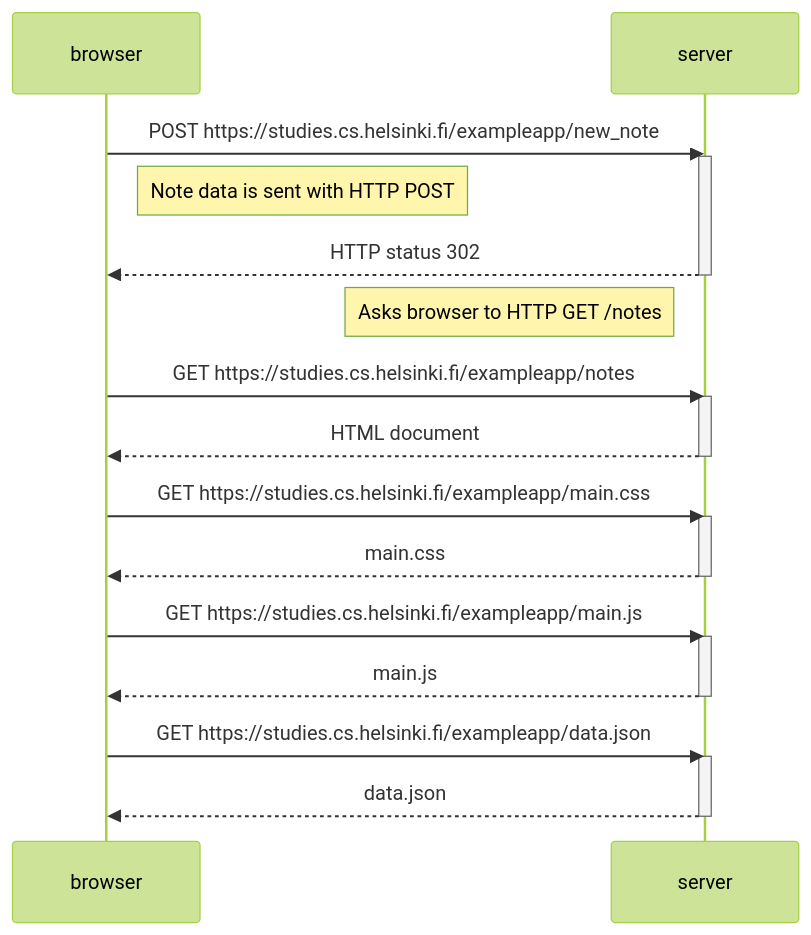
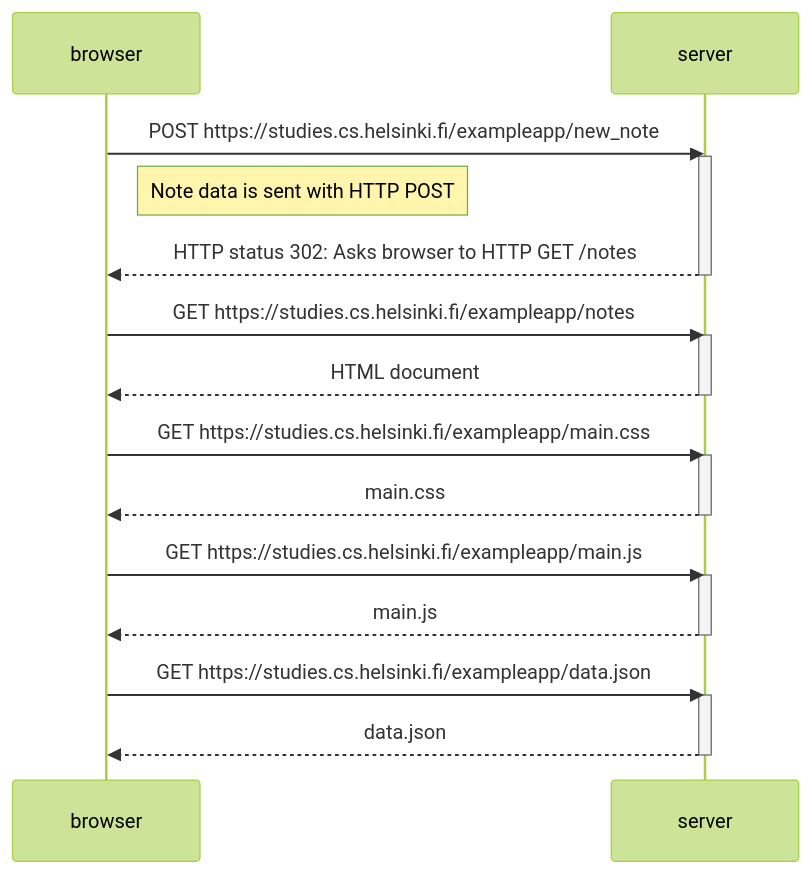
Before and after one commit to arvidkullhammar/Fullstack-Open: the diagram in part0/0.4.md, drawn with Mermaid (forest theme).

````diff
--- a/part0/0.4.md
+++ b/part0/0.4.md
@@ -1,36 +1,35 @@
 ```mermaid
 sequenceDiagram
     participant browser
     participant server
 
     browser->>server: POST https://studies.cs.helsinki.fi/exampleapp/new_note
     activate server
 
    Note right of browser: Note data is sent with HTTP POST
 
-    server-->>browser: HTTP status 302
+    server-->>browser: HTTP status 302: Asks browser to HTTP GET /notes
     deactivate server
 
-       Note left of server: Asks browser to HTTP GET /notes
 
     browser->>server: GET https://studies.cs.helsinki.fi/exampleapp/notes
     activate server
     server-->>browser: HTML document
     deactivate server
 
     browser->>server: GET https://studies.cs.helsinki.fi/exampleapp/main.css
     activate server
     server-->>browser: main.css
     deactivate server
 
     browser->>server: GET https://studies.cs.helsinki.fi/exampleapp/main.js
     activate server
     server-->>browser: main.js
     deactivate server
 
 
     browser->>server: GET https://studies.cs.helsinki.fi/exampleapp/data.json
     activate server
     server-->>browser: data.json
     deactivate server
 ```
````
